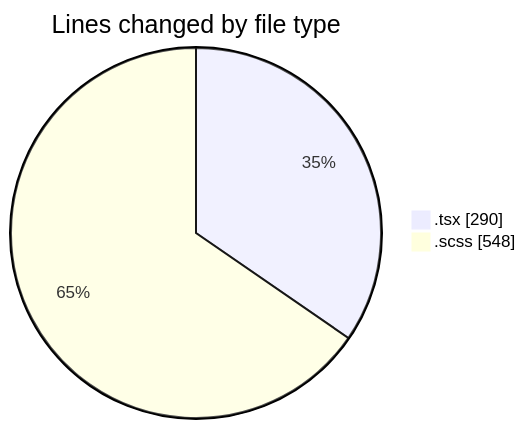
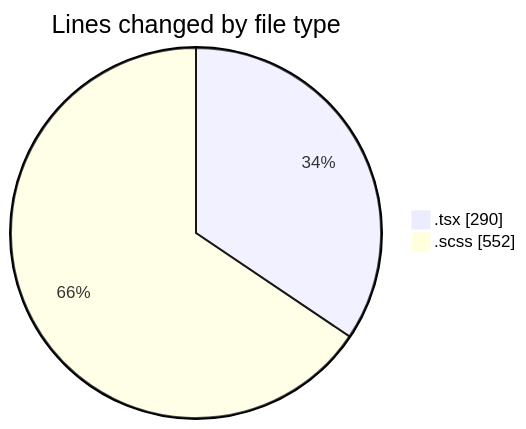
Before and after one commit to momahboobian/code-tracking: the first of 2 diagrams in 2025-09-19/cda/README.md, drawn with Mermaid. The commit also changed other lines of this file and 1 other file, not shown here.

````diff
--- a/2025-09-19/cda/README.md
+++ b/2025-09-19/cda/README.md
@@ -21,6 +21,6 @@
 ```mermaid
 pie showData
 title Lines changed by file type
 ".tsx" : 290
-".scss" : 548
+".scss" : 552
 ```
````
